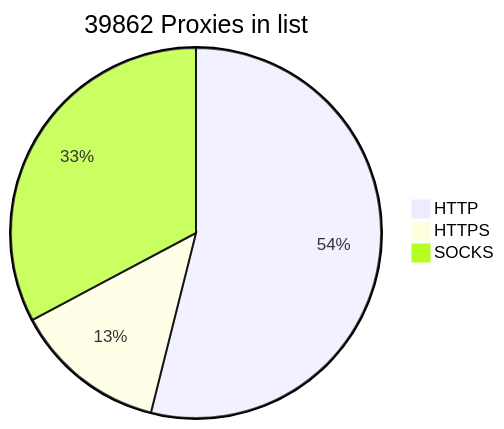
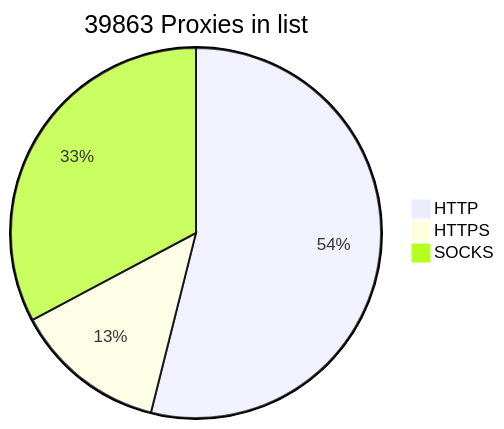
Before and after one commit to BlackSnowDot/proxylist-update-every-minute: the diagram in README.md, drawn with Mermaid.

````diff
--- a/README.md
+++ b/README.md
@@ -2,6 +2,6 @@
 ```mermaid
-pie title 39862 Proxies in list
+pie title 39863 Proxies in list
     "HTTP" : 23930
-    "HTTPS": 5909
+    "HTTPS": 5910
     "SOCKS" : 14545
 ```
````
